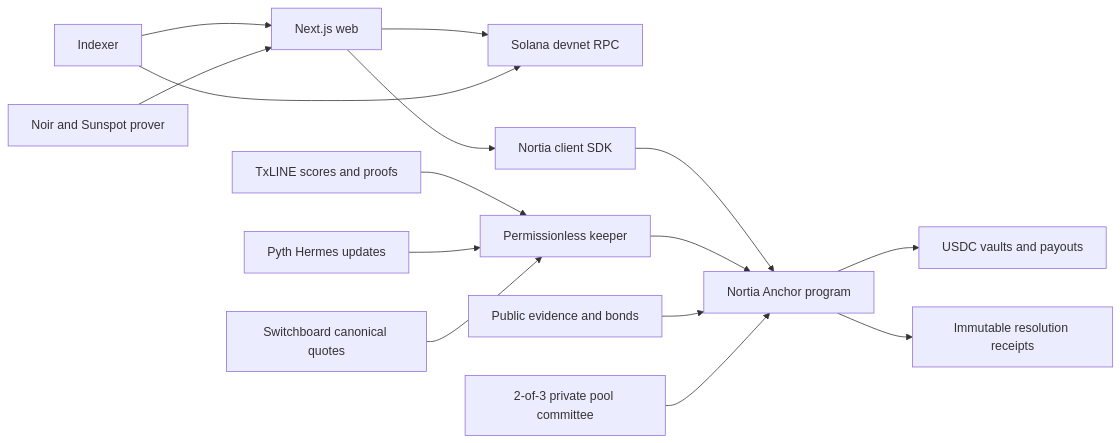
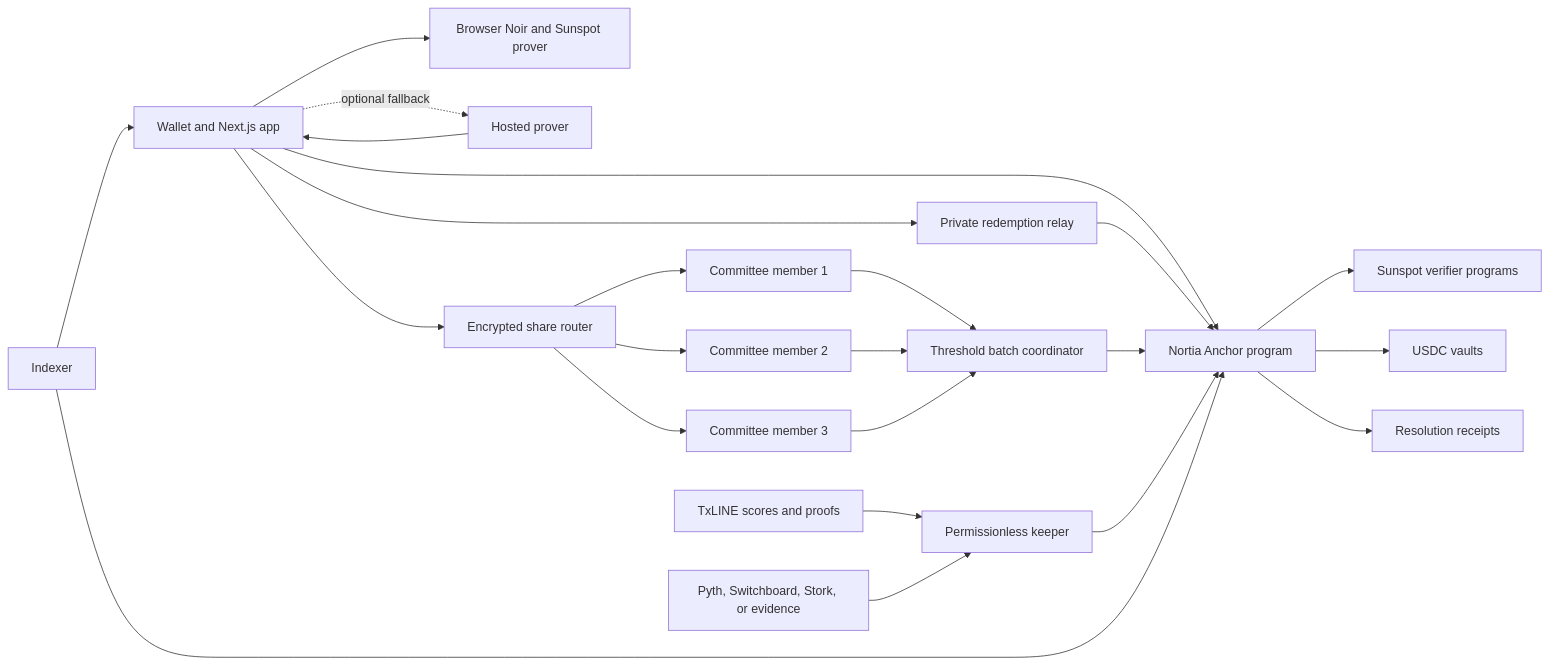
One commit to HoomanBuilds/nortia changed the diagram in README.md. Above: the diagram before and after it, drawn with Mermaid. The commit also changed other lines of this file and 3 other files, not shown here.

````diff
--- a/README.md
+++ b/README.md
@@ -61,17 +282,25 @@
 ```mermaid
 flowchart LR
-  W[Next.js web] --> RPC[Solana devnet RPC]
-  W --> C[Nortia client SDK]
-  C --> N[Nortia Anchor program]
-  K[Permissionless keeper] --> N
-  I[Indexer] --> RPC
-  I --> W
-  T[TxLINE scores and proofs] --> K
-  P[Pyth Hermes updates] --> K
-  S[Switchboard canonical quotes] --> K
-  E[Public evidence and bonds] --> N
-  N --> U[USDC vaults and payouts]
-  N --> R[Immutable resolution receipts]
-  Z[Noir and Sunspot prover] --> W
-  M[2-of-3 private pool committee] --> N
+  U[Wallet and Next.js app] --> BP[Browser Noir and Sunspot prover]
+  U -. optional fallback .-> HP[Hosted prover]
+  HP --> U
+  U --> N[Nortia Anchor program]
+  U --> E[Encrypted share router]
+  E --> C1[Committee member 1]
+  E --> C2[Committee member 2]
+  E --> C3[Committee member 3]
+  U --> L[Private redemption relay]
+  L --> N
+  C1 --> B[Threshold batch coordinator]
+  C2 --> B
+  C3 --> B
+  B --> N
+  T[TxLINE scores and proofs] --> K[Permissionless keeper]
+  O[Pyth, Switchboard, Stork, or evidence] --> K
+  K --> N
+  N --> Z[Sunspot verifier programs]
+  N --> V[USDC vaults]
+  N --> R[Resolution receipts]
+  I[Indexer] --> U
+  I --> N
 ```
````
